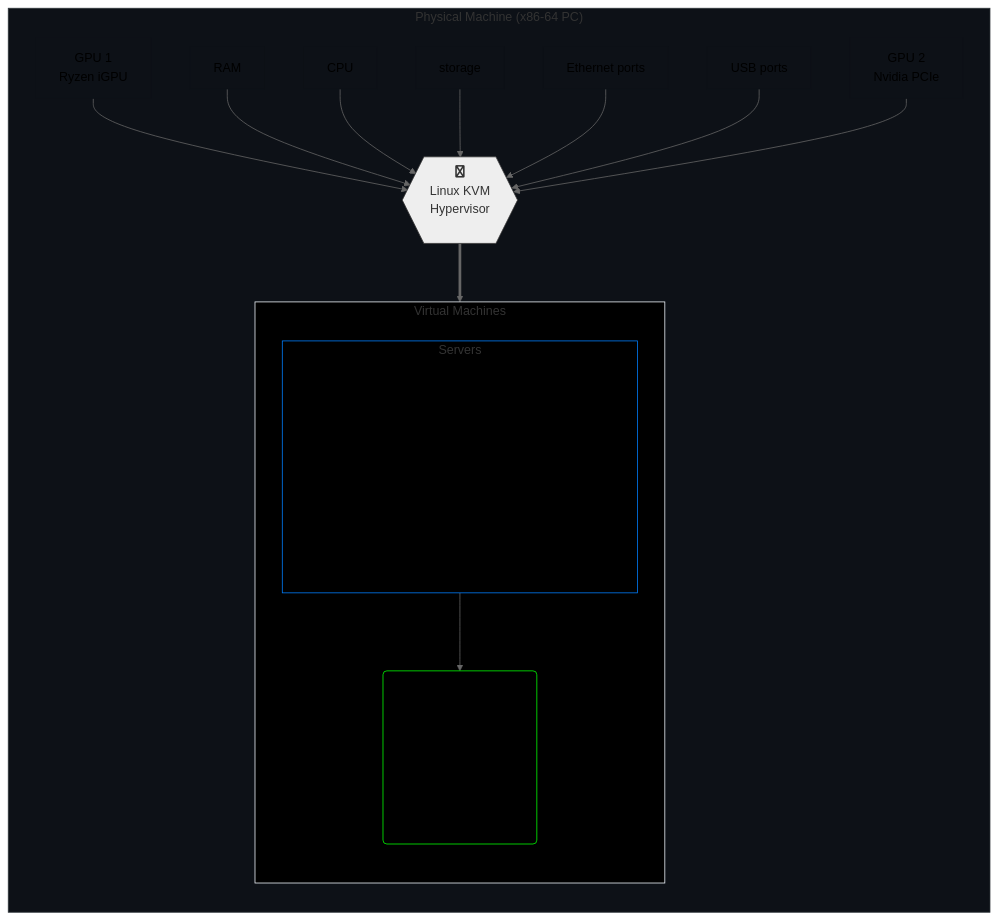
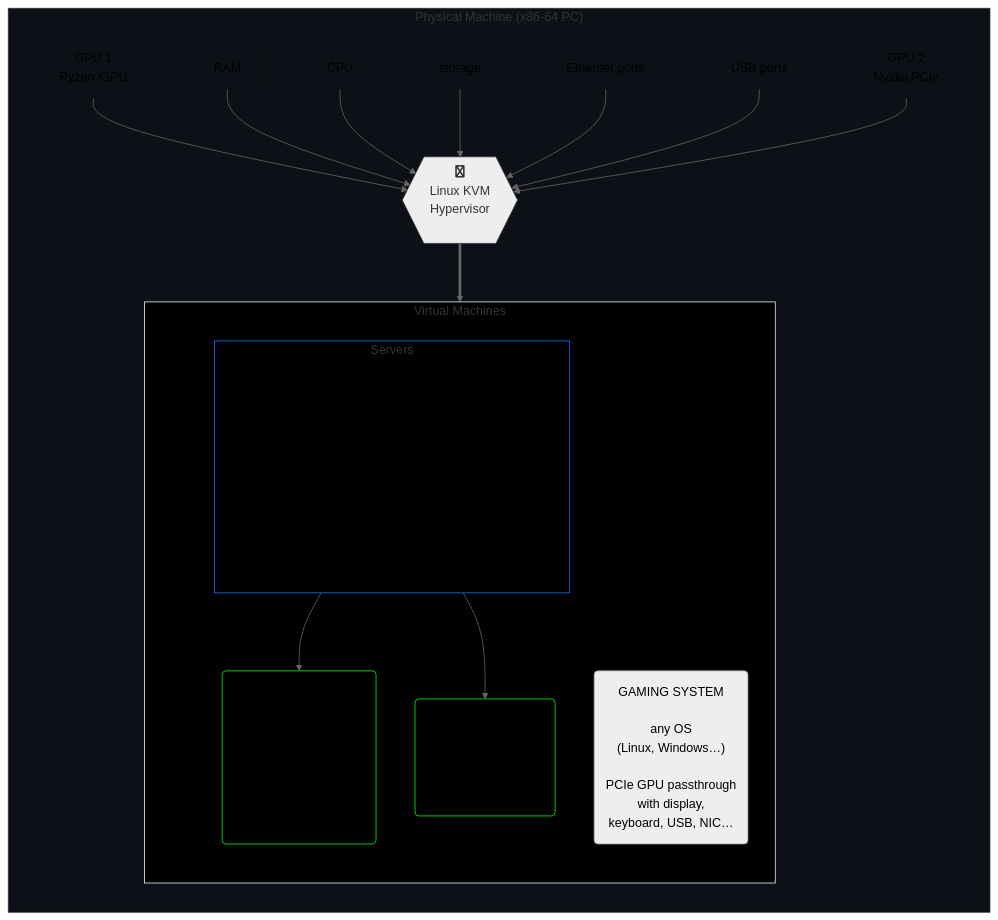
One commit to agenkit/GHost changed the diagram in README.md. Above: the diagram before and after it, drawn with Mermaid (neutral theme). The commit also changed other lines of this file, not shown here.

````diff
--- a/README.md
+++ b/README.md
@@ -21,56 +19,56 @@
 ```mermaid
 graph TB
 
    subgraph p["Physical Machine (x86-64 PC)"]
       direction TB
 
       pgpu1["GPU 1<br>Ryzen iGPU"] --> h
       pmem["RAM<br>"] --> h
       pcpu["CPU<br>"] --> h
       pstor["storage<br>"] --> h
       pnet["Ethernet ports"] --> h
       pusb["USB ports"] --> h
       pgpu2["GPU 2<br>Nvidia PCIe"] --> h
       h{{fa:fa-linux<br>Linux KVM<br>Hypervisor<br><br>}}
 
       h ==> v
 
       subgraph v["Virtual Machines"]
          direction TB
 
          g("GUI WORKSTATION<br><br>any OS<br>(Linux, Windows…)<br><br>PCIe GPU passthrough<br>with display,<br>keyboard, USB, NIC…")
-
+         gn("(another)<br>GUI WORKSTATION<br><br>clone,snapshot,<br>ad hoc env…")
+         gg("GAMING SYSTEM <br><br>any OS<br>(Linux, Windows…)<br><br>PCIe GPU passthrough<br>with display,<br>keyboard, USB, NIC…")
          subgraph s["Servers"]
             direction TB
             vsrv["VMs<br><br>• GPU, CUDA<br>• GitLab<br>• NextCloud<br>• Matrix<br>…"]
             cont["CONTAINERS<br><br>(Docker, LXC…)<br><br>• Python envs<br>• AI inference<br>…"]
          end
-
-         s --> g
-
+         s --> g & gn
       end
    end
 
 p:::main
 v:::wht
 h:::lit
 pgpu1:::tr1
 pmem:::tr1
 pcpu:::tr1
 pstor:::tr1
 pnet:::tr1
 pusb:::tr1
 pgpu2:::tr1
 s:::blu
 g:::grn
+gn:::grn
 vsrv:::tr2
 cont:::tr2
 classDef main fill:#0d1117,stroke:#30363c
 classDef tr1 fill:#0d1117,stroke:#0d1117
 classDef tr2 fill:#000,stroke:#000
 classDef wht fill:#000,stroke:#f0f6fc
 classDef red fill:#000,stroke:#f00
 classDef blu fill:#000,stroke:#007FFF
 classDef lit fill:#eee,stroke:#333,color:#333
 classDef grn fill:#000,stroke:#0f0
 ```
````
